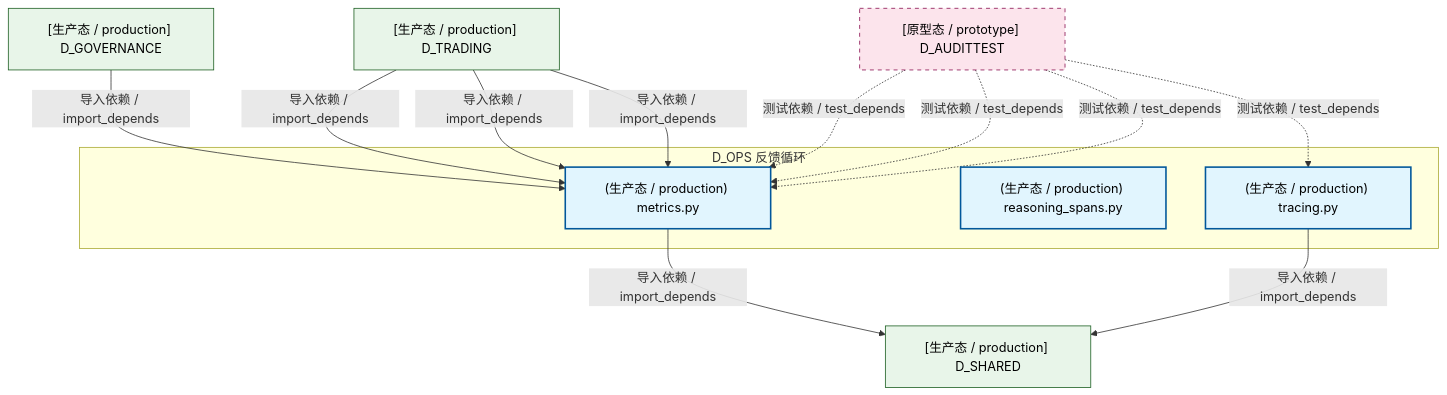
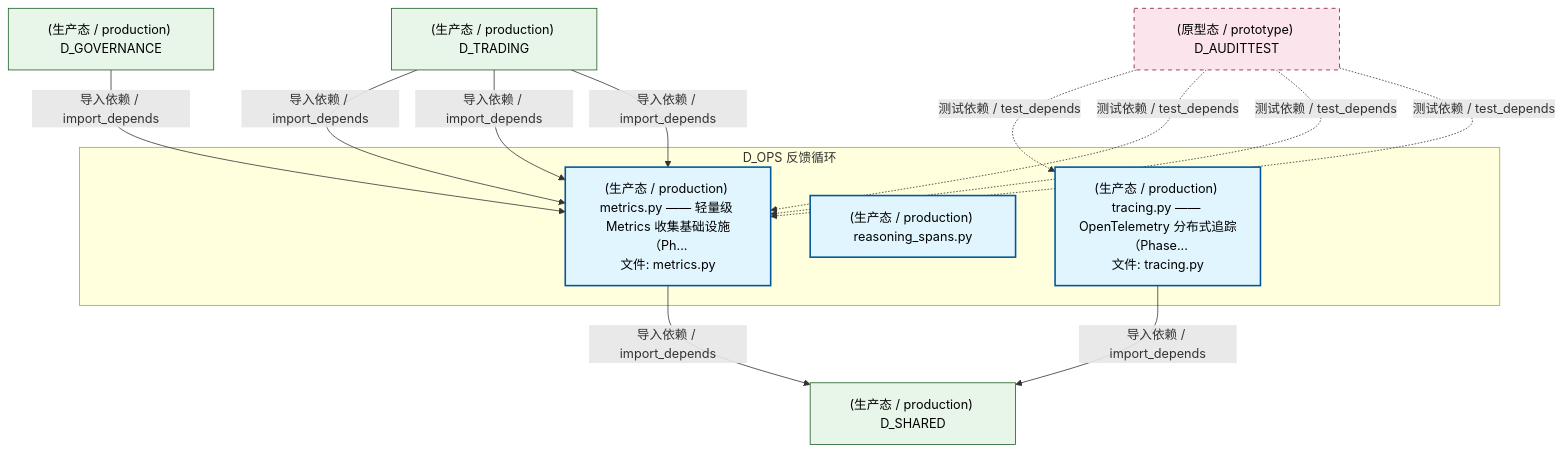
The first of 3 diagrams in docs/02_enterprise_architecture/02_domain_architecture_docs/15_d_ops.md (xuanFelixVan/ZephyrAlpha), drawn with Mermaid before and after one commit. The commit also changed other lines of this file and 51 other files, not shown here.

````diff
--- a/docs/02_enterprise_architecture/02_domain_architecture_docs/15_d_ops.md
+++ b/docs/02_enterprise_architecture/02_domain_architecture_docs/15_d_ops.md
@@ -49,29 +66,29 @@
 ```mermaid
 graph TD
     subgraph D_OPS["D_OPS 反馈循环"]
-        src_zephyr_shared_observability_metrics_py["(生产态 / production) metrics.py"]
+        src_zephyr_shared_observability_metrics_py["(生产态 / production) metrics.py —— 轻量级 Metrics 收集基础设施（Ph...<br/>文件: metrics.py"]
         src_zephyr_shared_observability_reasoning_spans_py["(生产态 / production) reasoning_spans.py"]
-        src_zephyr_shared_observability_tracing_py["(生产态 / production) tracing.py"]
+        src_zephyr_shared_observability_tracing_py["(生产态 / production) tracing.py —— OpenTelemetry 分布式追踪（Phase...<br/>文件: tracing.py"]
     end
-    D_SHARED["[生产态 / production] D_SHARED"]
+    D_SHARED["(生产态 / production) D_SHARED"]
+    src_zephyr_shared_observability_tracing_py -->|导入依赖 / import_depends| D_SHARED
     src_zephyr_shared_observability_metrics_py -->|导入依赖 / import_depends| D_SHARED
-    src_zephyr_shared_observability_tracing_py -->|导入依赖 / import_depends| D_SHARED
-    D_GOVERNANCE["[生产态 / production] D_GOVERNANCE"]
+    D_AUDITTEST["(原型态 / prototype) D_AUDITTEST"]
+    D_AUDITTEST -.->|测试依赖 / test_depends| src_zephyr_shared_observability_tracing_py
+    D_GOVERNANCE["(生产态 / production) D_GOVERNANCE"]
     D_GOVERNANCE -->|导入依赖 / import_depends| src_zephyr_shared_observability_metrics_py
-    D_TRADING["[生产态 / production] D_TRADING"]
+    D_TRADING["(生产态 / production) D_TRADING"]
     D_TRADING -->|导入依赖 / import_depends| src_zephyr_shared_observability_metrics_py
     D_TRADING -->|导入依赖 / import_depends| src_zephyr_shared_observability_metrics_py
     D_TRADING -->|导入依赖 / import_depends| src_zephyr_shared_observability_metrics_py
-    D_AUDITTEST["[原型态 / prototype] D_AUDITTEST"]
     D_AUDITTEST -.->|测试依赖 / test_depends| src_zephyr_shared_observability_metrics_py
     D_AUDITTEST -.->|测试依赖 / test_depends| src_zephyr_shared_observability_metrics_py
     D_AUDITTEST -.->|测试依赖 / test_depends| src_zephyr_shared_observability_metrics_py
-    D_AUDITTEST -.->|测试依赖 / test_depends| src_zephyr_shared_observability_tracing_py
     classDef production fill:#e1f5fe,stroke:#01579b,stroke-width:2px,color:#000
     classDef design fill:#fff3e0,stroke:#e65100,stroke-width:2px,color:#000,stroke-dasharray: 5 5
     classDef external_prod fill:#e8f5e9,stroke:#1b5e20,stroke-width:1px,color:#000
     classDef external_design fill:#fce4ec,stroke:#880e4f,stroke-width:1px,color:#000,stroke-dasharray: 5 5
     class src_zephyr_shared_observability_metrics_py,src_zephyr_shared_observability_reasoning_spans_py,src_zephyr_shared_observability_tracing_py production
     class D_SHARED,D_GOVERNANCE,D_TRADING external_prod
     class D_AUDITTEST external_design
 ```
````
